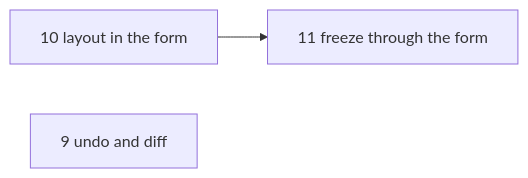
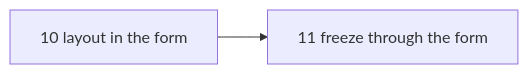
The diagram in docs/backlog.md (medilies/weaver), drawn with Mermaid before and after one commit. The commit also changed other lines of this file and 9 other files, not shown here.

First line of the commit message:
feat(edit): undo changes and show the diff before saving

````diff
--- a/docs/backlog.md
+++ b/docs/backlog.md
@@ -40,5 +39,4 @@
 ```mermaid
 flowchart LR
     T10[10 layout in the form] --> T11[11 freeze through the form]
-    T9[9 undo and diff]
 ```
````
